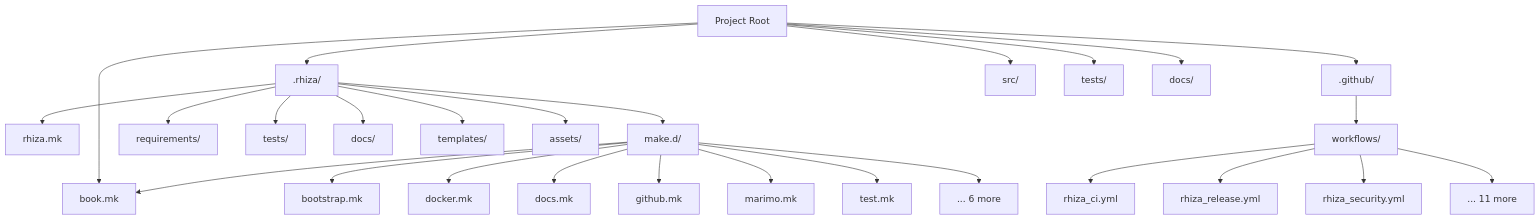
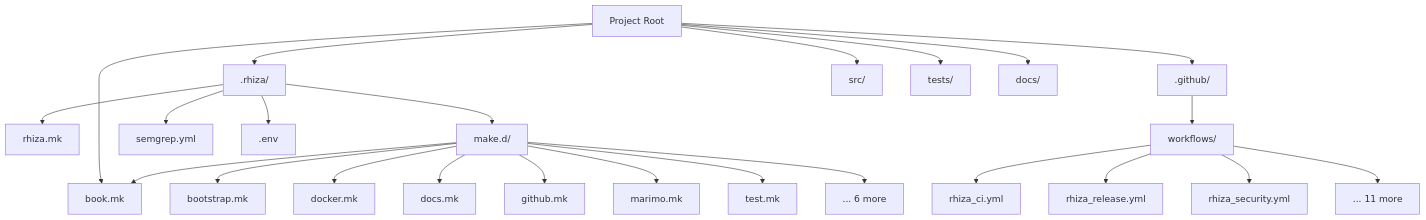
Before and after one commit to Jebel-Quant/rhiza: the sixth of 9 diagrams in docs/reference/ARCHITECTURE.md, drawn with Mermaid. The commit also changed other lines of this file and 20 other files, not shown here.

First line of the commit message:
chore: drop .rhiza/assets and retire .rhiza/completions from core (#1549)

````diff
--- a/docs/reference/ARCHITECTURE.md
+++ b/docs/reference/ARCHITECTURE.md
@@ -175,34 +175,31 @@
 ```mermaid
 flowchart TD
     root[Project Root]
 
     root --> rhiza[.rhiza/]
     root --> github[.github/]
     root --> src[src/]
     root --> tests[tests/]
     root --> docs[docs/]
     root --> book[book/]
 
     rhiza --> rhizamk[rhiza.mk]
     rhiza --> maked[make.d/]
-    rhiza --> reqs[requirements/]
-    rhiza --> rtests[tests/]
-    rhiza --> rdocs[docs/]
-    rhiza --> templates[templates/]
-    rhiza --> assets[assets/]
+    rhiza --> semgrep[semgrep.yml]
+    rhiza --> env[.env]
 
     github --> workflows[workflows/]
     workflows --> ci[rhiza_ci.yml]
     workflows --> release[rhiza_release.yml]
     workflows --> security[rhiza_security.yml]
     workflows --> more[... 11 more]
 
     maked --> book[book.mk]
     maked --> bootstrap[bootstrap.mk]
     maked --> docker[docker.mk]
     maked --> docs_mk[docs.mk]
     maked --> github_mk[github.mk]
     maked --> marimo[marimo.mk]
     maked --> test[test.mk]
     maked --> more_mk[... 6 more]
 ```
````
